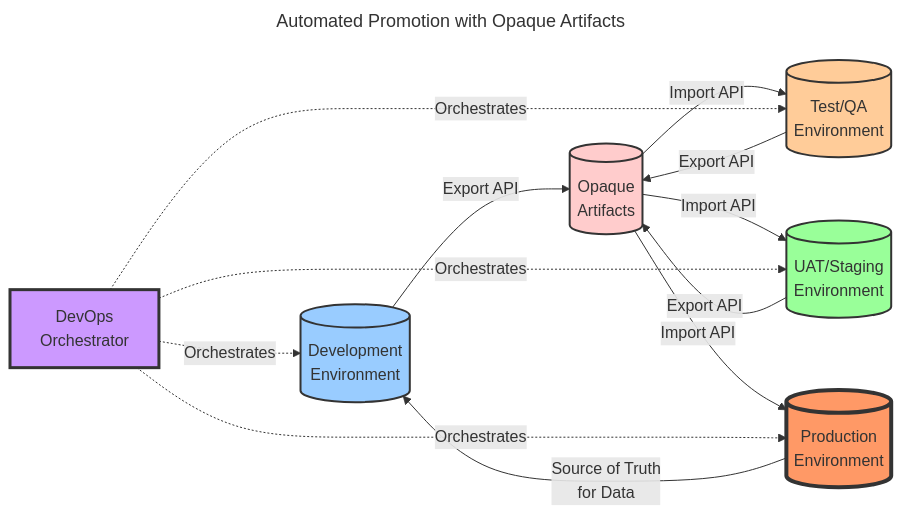
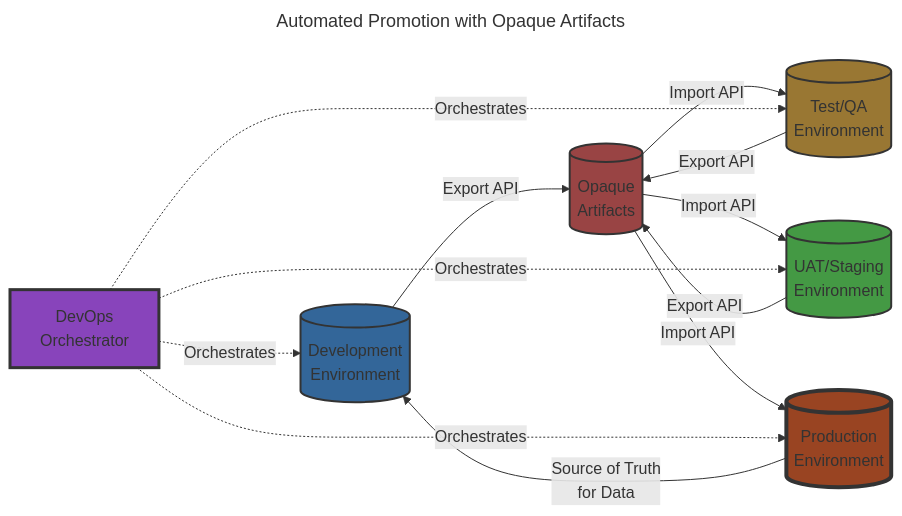
The third of 4 diagrams in articles/SoftwareDeliveryStrategies.md (ibm-webmethods-continuous-delivery/1c-framework), drawn with Mermaid before and after one commit. The commit also changed other lines of this file, not shown here.

Commit message:
increased contrast for some diagrams colors

````diff
--- a/articles/SoftwareDeliveryStrategies.md
+++ b/articles/SoftwareDeliveryStrategies.md
@@ -281,34 +281,34 @@
 ```mermaid
 ---
 title: Automated Promotion with Opaque Artifacts
 ---
 flowchart LR
     DEV[(Development<br/>Environment)]
     TEST[(Test/QA<br/>Environment)]
     UAT[(UAT/Staging<br/>Environment)]
     PROD[(Production<br/>Environment)]
     
     ORCH[DevOps<br/>Orchestrator]
     ARTIFACTS[(Opaque<br/>Artifacts)]
     
     DEV -->|Export API| ARTIFACTS
     ARTIFACTS -->|Import API| TEST
     TEST -->|Export API| ARTIFACTS
     ARTIFACTS -->|Import API| UAT
     UAT -->|Export API| ARTIFACTS
     ARTIFACTS -->|Import API| PROD
     
     ORCH -.->|Orchestrates| DEV
     ORCH -.->|Orchestrates| TEST
     ORCH -.->|Orchestrates| UAT
     ORCH -.->|Orchestrates| PROD
     
     PROD -->|Source of Truth<br/>for Data| DEV
     
-    style PROD fill:#f96,stroke:#333,stroke-width:4px
-    style DEV fill:#9cf,stroke:#333,stroke-width:2px
-    style TEST fill:#fc9,stroke:#333,stroke-width:2px
-    style UAT fill:#9f9,stroke:#333,stroke-width:2px
-    style ORCH fill:#c9f,stroke:#333,stroke-width:3px
-    style ARTIFACTS fill:#fcc,stroke:#333,stroke-width:2px
+    style PROD fill:#942,stroke:#333,stroke-width:4px
+    style DEV fill:#369,stroke:#333,stroke-width:2px
+    style TEST fill:#973,stroke:#333,stroke-width:2px
+    style UAT fill:#494,stroke:#333,stroke-width:2px
+    style ORCH fill:#84b,stroke:#333,stroke-width:3px
+    style ARTIFACTS fill:#944,stroke:#333,stroke-width:2px
 ```
````
